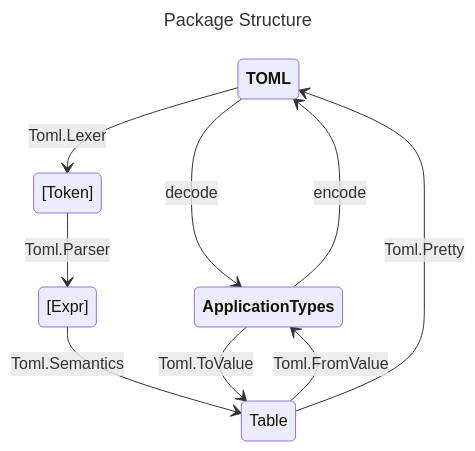
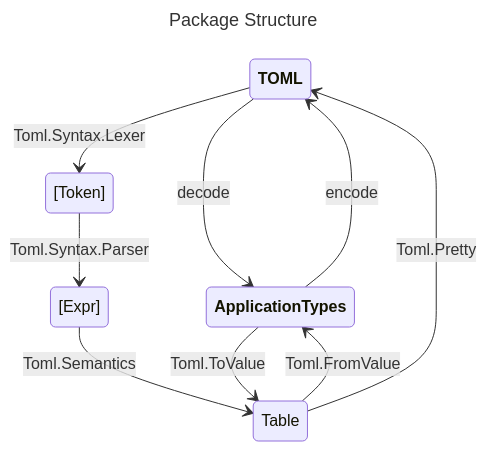
The diagram in README.md (glguy/toml-parser), drawn with Mermaid before and after one commit. The commit also changed other lines of this file and 32 other files, not shown here.

````diff
--- a/README.md
+++ b/README.md
@@ -12,17 +12,17 @@
 ```mermaid
 ---
 title: Package Structure
 ---
 stateDiagram-v2
     classDef important font-weight:bold;
 
     TOML:::important --> ApplicationTypes:::important : decode
     ApplicationTypes --> TOML : encode
-    TOML --> [Token]: Toml.Lexer
-    [Token] --> [Expr]: Toml.Parser
+    TOML --> [Token]: Toml.Syntax.Lexer
+    [Token] --> [Expr]: Toml.Syntax.Parser
     [Expr] --> Table : Toml.Semantics
     Table --> ApplicationTypes : Toml.FromValue
     ApplicationTypes --> Table : Toml.ToValue
     Table --> TOML : Toml.Pretty
 
 ```
````
